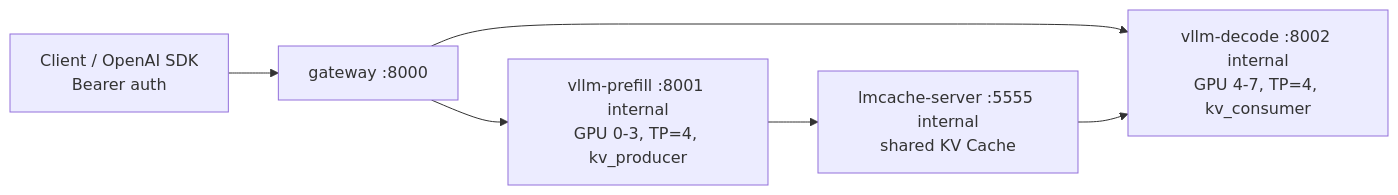
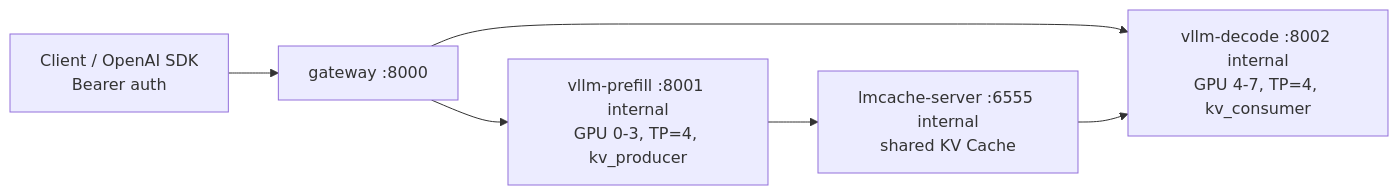
Before and after one commit to tt-52101/ai-infra: the diagram in docs/mvp-pd-separation-design.md, drawn with Mermaid. The commit also changed other lines of this file and 10 other files, not shown here.

````diff
--- a/docs/mvp-pd-separation-design.md
+++ b/docs/mvp-pd-separation-design.md
@@ -74,8 +74,8 @@
 ```mermaid
 flowchart LR
     client["Client / OpenAI SDK<br/>Bearer auth"] --> gateway["gateway :8000"]
     gateway --> prefill["vllm-prefill :8001 internal<br/>GPU 0-3, TP=4, kv_producer"]
-    prefill --> lmcache["lmcache-server :5555 internal<br/>shared KV Cache"]
+    prefill --> lmcache["lmcache-server :6555 internal<br/>shared KV Cache"]
     gateway --> decode["vllm-decode :8002 internal<br/>GPU 4-7, TP=4, kv_consumer"]
     lmcache --> decode
 ```
````
